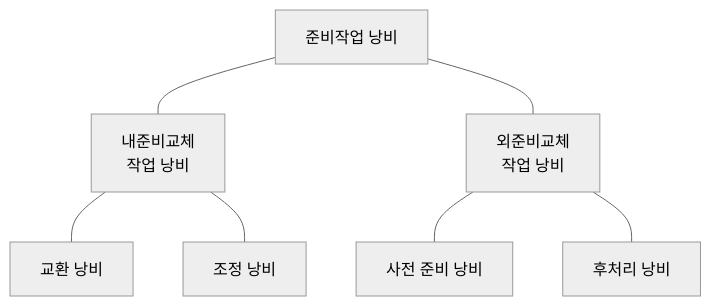
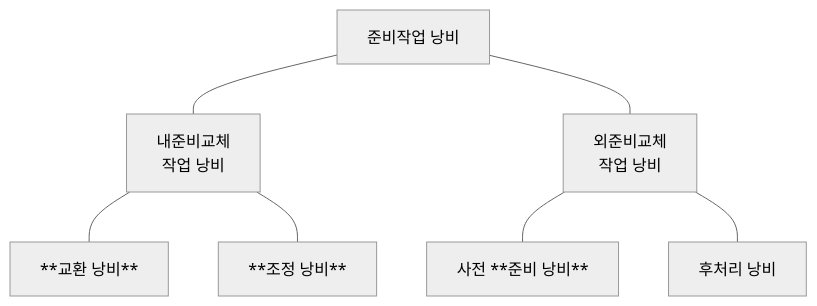
One commit to yeonkyupark/pepc2e changed the diagram in 0801프로세스분석과개선.qmd. Above: the diagram before and after it, drawn with Mermaid (neutral theme). The commit also changed other lines of this file, not shown here.

````diff
--- a/0801프로세스분석과개선.qmd
+++ b/0801프로세스분석과개선.qmd
@@ -67,6 +69,7 @@
 ```{mermaid}
+%%| fig-cap: "준비교체 낭비"
 flowchart TB
 0[준비작업 낭비] --- 1[내준비교체<br>작업 낭비] & 2[외준비교체<br>작업 낭비]
-1 --- 11[교환 낭비] & 12[조정 낭비]
-2 --- 21[사전 준비 낭비] & 22[후처리 낭비]
+1 --- 11[**교환 낭비**] & 12[**조정 낭비**]
+2 --- 21[사전 **준비 낭비**] & 22[후처리 낭비]
 ```
````
